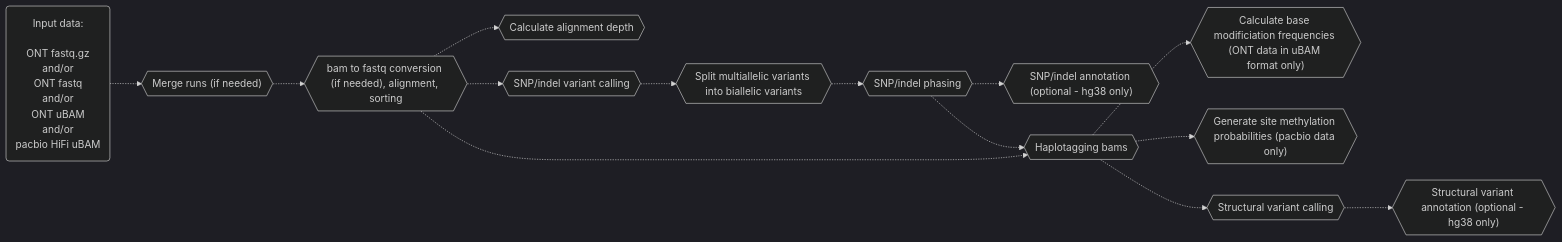
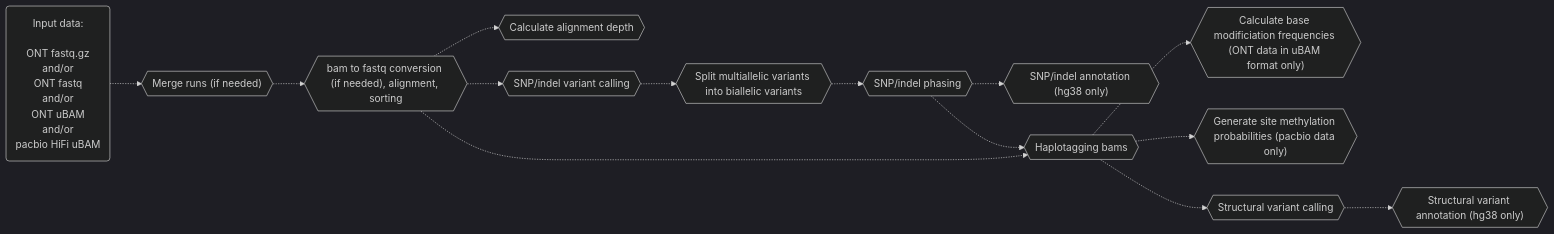
One commit to leahkemp/pipeface changed the first of 4 diagrams in README.md. Above: the diagram before and after it, drawn with Mermaid. The commit also changed other lines of this file, not shown here.

Commit message:
fix mermaid diagram

````diff
--- a/README.md
+++ b/README.md
@@ -21,26 +21,26 @@
 ```mermaid
 %%{init: {'theme':'dark'}}%%
 flowchart LR
 
 input_data("Input data: <br><br> ONT fastq.gz <br> and/or <br> ONT fastq <br> and/or <br> ONT uBAM <br> and/or <br> pacbio HiFi uBAM")
 merging{{"Merge runs (if needed)"}}
 alignment{{"bam to fastq conversion (if needed), alignment, sorting"}}
 depth{{"Calculate alignment depth"}}
 snp_indel_calling{{"SNP/indel variant calling"}}
 split_multiallele{{"Split multiallelic variants into biallelic variants"}}
 snp_indel_phasing{{"SNP/indel phasing"}}
-snp_indel_annotation{{"SNP/indel annotation (optional - hg38 only)"}}
+snp_indel_annotation{{"SNP/indel annotation (hg38 only)"}}
 haplotagging{{"Haplotagging bams"}}
 calculate_base_mod_freqs{{"Calculate base modificiation frequencies (ONT data in uBAM format only)"}}
 generate_meth_probs{{"Generate site methylation probabilities (pacbio data only)"}}
 sv_calling{{"Structural variant calling"}}
-sv_annotation{{"Structural variant annotation (optional - hg38 only)"}}
+sv_annotation{{"Structural variant annotation (hg38 only)"}}
 
 input_data-.->merging-.->alignment-.->snp_indel_calling-.->split_multiallele-.->snp_indel_phasing-.->haplotagging-.->sv_calling
 alignment-.->depth
 alignment-.->haplotagging
 haplotagging-.->calculate_base_mod_freqs
 haplotagging-.->generate_meth_probs
 snp_indel_phasing-.->snp_indel_annotation
 sv_calling-.->sv_annotation
 ```
````
